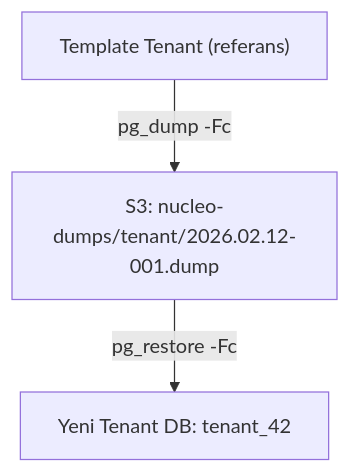
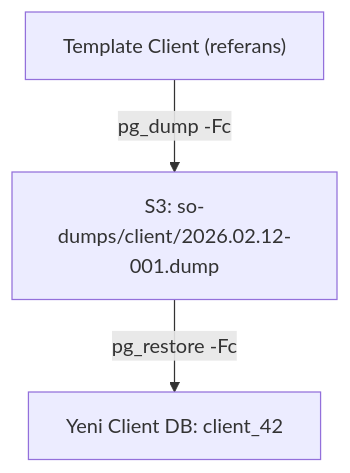
Before and after one commit to frhtshn/One.DB: the third of 4 diagrams in .docs/guides/PROVISIONING_GUIDE.md, drawn with Mermaid. The commit also changed other lines of this file and 442 other files, not shown here.

First line of the commit message:
Nucleo → Sortis One ve tenant → client içerik güncellemeleri

````diff
--- a/.docs/guides/PROVISIONING_GUIDE.md
+++ b/.docs/guides/PROVISIONING_GUIDE.md
@@ -98,5 +94,5 @@
 ```mermaid
 flowchart TD
-    T["Template Tenant (referans)"] -- "pg_dump -Fc" --> S3["S3: nucleo-dumps/tenant/2026.02.12-001.dump"]
-    S3 -- "pg_restore -Fc" --> N["Yeni Tenant DB: tenant_42"]
+    T["Template Client (referans)"] -- "pg_dump -Fc" --> S3["S3: so-dumps/client/2026.02.12-001.dump"]
+    S3 -- "pg_restore -Fc" --> N["Yeni Client DB: client_42"]
 ```
````
